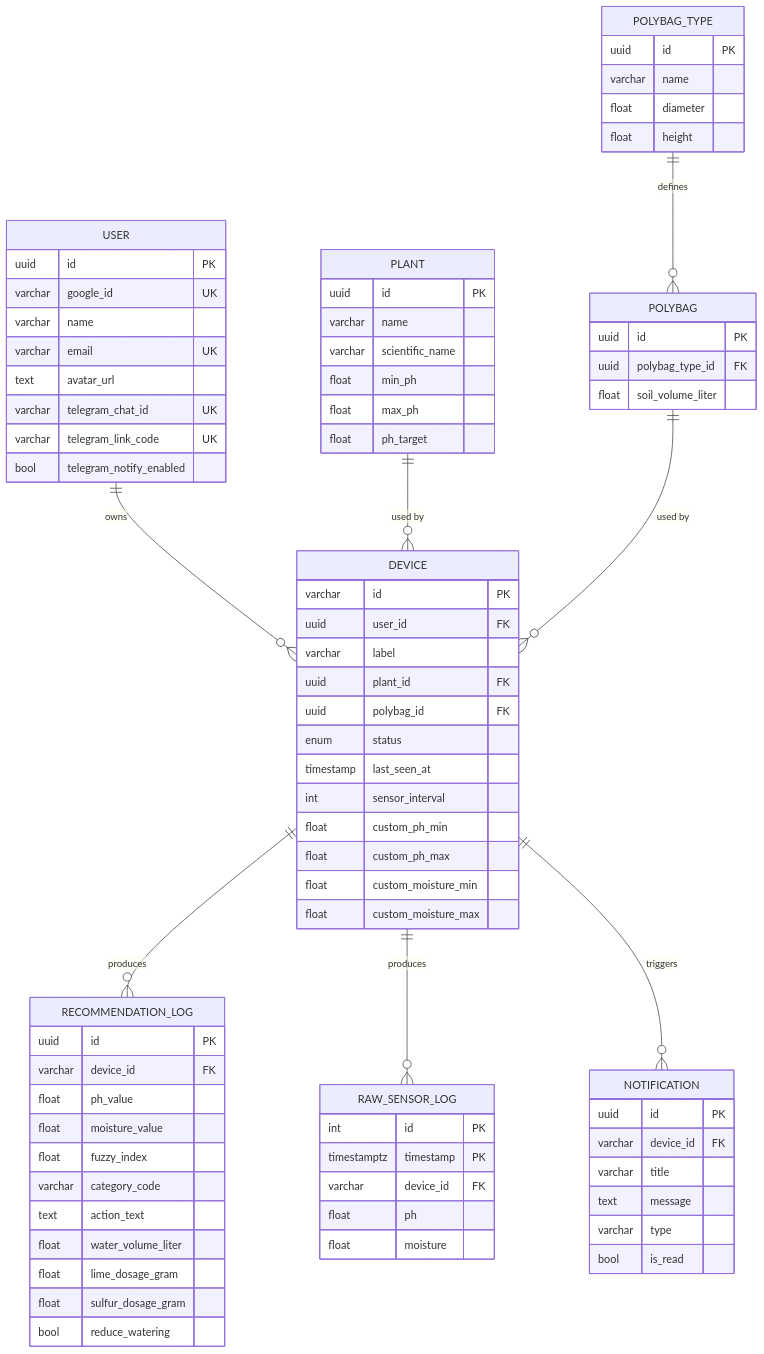
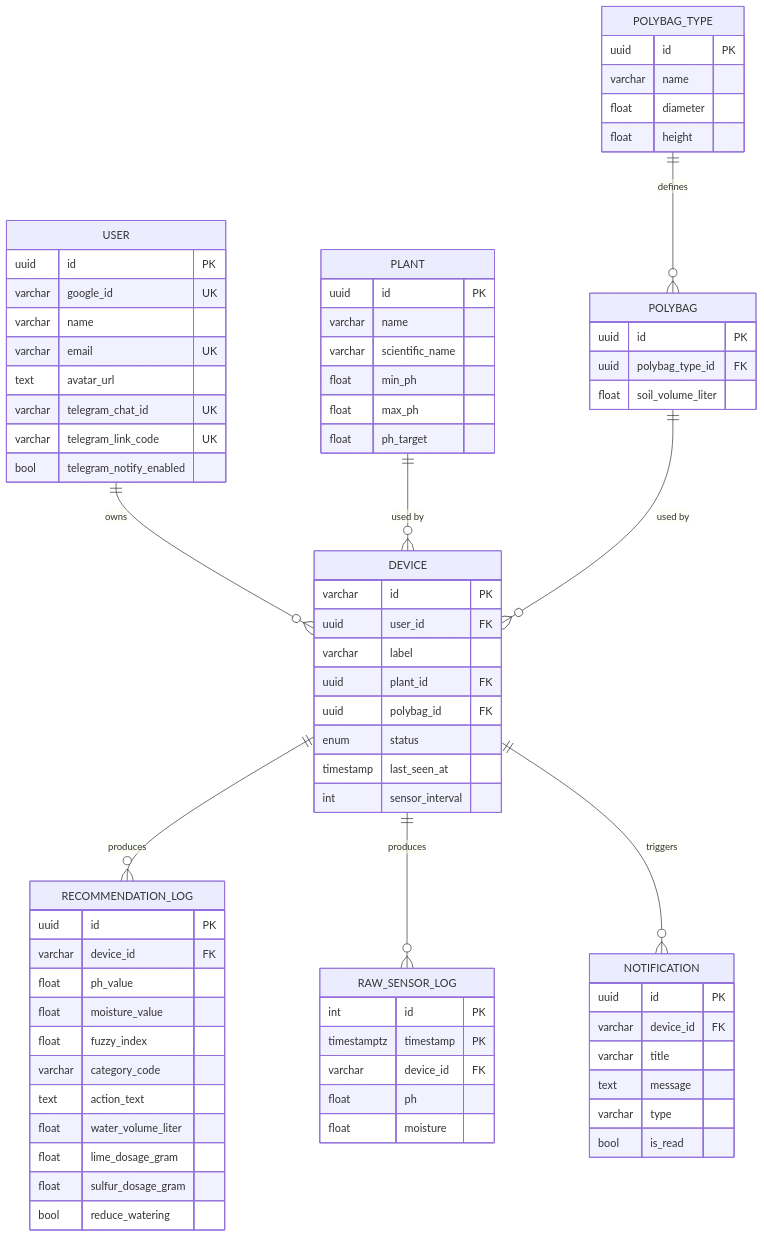
One commit to Capstone2026-E04/Subur.in changed the diagram in docs/architecture/database-schema.md. Above: the diagram before and after it, drawn with Mermaid. The commit also changed other lines of this file and 18 other files, not shown here.

````diff
--- a/docs/architecture/database-schema.md
+++ b/docs/architecture/database-schema.md
@@ -20,82 +20,78 @@
 ```mermaid
 erDiagram
     USER ||--o{ DEVICE : owns
     PLANT ||--o{ DEVICE : "used by"
     POLYBAG ||--o{ DEVICE : "used by"
     POLYBAG_TYPE ||--o{ POLYBAG : defines
     DEVICE ||--o{ RECOMMENDATION_LOG : produces
     DEVICE ||--o{ RAW_SENSOR_LOG : produces
     DEVICE ||--o{ NOTIFICATION : triggers
 
     USER {
         uuid id PK
         varchar google_id UK
         varchar name
         varchar email UK
         text avatar_url
         varchar telegram_chat_id UK
         varchar telegram_link_code UK
         bool telegram_notify_enabled
     }
     DEVICE {
         varchar id PK
         uuid user_id FK
         varchar label
         uuid plant_id FK
         uuid polybag_id FK
         enum status
         timestamp last_seen_at
         int sensor_interval
-        float custom_ph_min
-        float custom_ph_max
-        float custom_moisture_min
-        float custom_moisture_max
     }
     PLANT {
         uuid id PK
         varchar name
         varchar scientific_name
         float min_ph
         float max_ph
         float ph_target
     }
     POLYBAG_TYPE {
         uuid id PK
         varchar name
         float diameter
         float height
     }
     POLYBAG {
         uuid id PK
         uuid polybag_type_id FK
         float soil_volume_liter
     }
     RECOMMENDATION_LOG {
         uuid id PK
         varchar device_id FK
         float ph_value
         float moisture_value
         float fuzzy_index
         varchar category_code
         text action_text
         float water_volume_liter
         float lime_dosage_gram
         float sulfur_dosage_gram
         bool reduce_watering
     }
     RAW_SENSOR_LOG {
         int id PK
         timestamptz timestamp PK
         varchar device_id FK
         float ph
         float moisture
     }
     NOTIFICATION {
         uuid id PK
         varchar device_id FK
         varchar title
         text message
         varchar type
         bool is_read
     }
 ```
````
